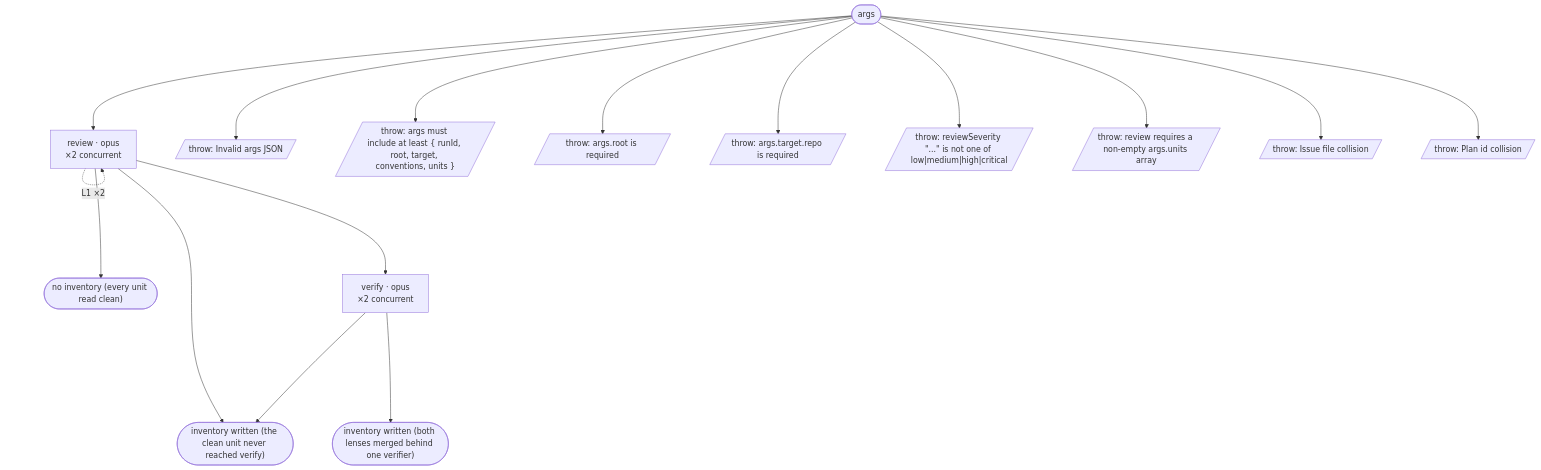
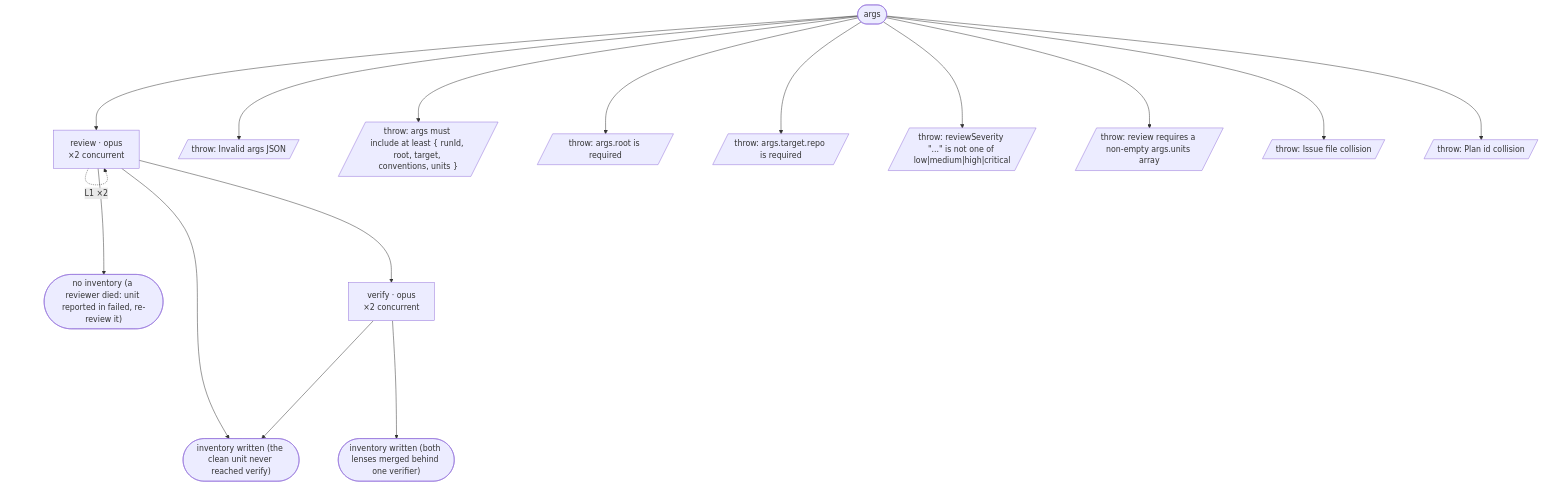
One commit to Blakeem/aipromptguide-workflows changed the diagram in workflows/debug/FLOW-review.md. Above: the diagram before and after it, drawn with Mermaid. The commit also changed other lines of this file and 48 other files, not shown here.

````diff
--- a/workflows/debug/FLOW-review.md
+++ b/workflows/debug/FLOW-review.md
@@ -8,33 +8,33 @@
 ```mermaid
 %%{init: {"flowchart": {"nodeSpacing": 80, "rankSpacing": 200}}}%%
 flowchart TD
   S0(["args"])
   a1["review · opus<br/>×2 concurrent"]
   a2["verify · opus<br/>×2 concurrent"]
   t1(["inventory written (the clean unit never reached verify)"])
-  t2(["no inventory (every unit read clean)"])
+  t2(["no inventory (a reviewer died: unit reported in failed, re-review it)"])
   t3(["inventory written (both lenses merged behind one verifier)"])
   x1[/"throw: Invalid args JSON"/]
   x2[/"throw: args must include at least { runId, root, target, conventions, units }"/]
   x3[/"throw: args.root is required"/]
   x4[/"throw: args.target.repo is required"/]
   x5[/"throw: reviewSeverity #quot;...#quot; is not one of low#124;medium#124;high#124;critical"/]
   x6[/"throw: review requires a non-empty args.units array"/]
   x7[/"throw: Issue file collision"/]
   x8[/"throw: Plan id collision"/]
   S0 --> a1
   S0 --> x1
   S0 --> x2
   S0 --> x3
   S0 --> x4
   S0 --> x5
   S0 --> x6
   S0 --> x7
   S0 --> x8
   a1 -.->|"L1 ×2"| a1
   a1 --> a2
   a1 --> t1
   a1 --> t2
   a2 --> t1
   a2 --> t3
 ```
````
